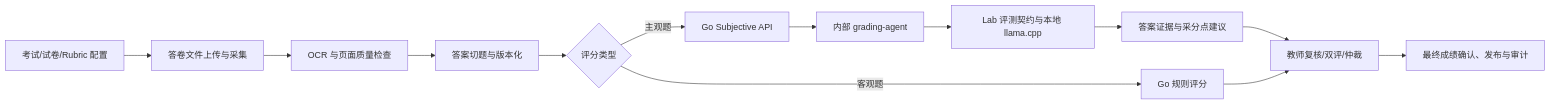
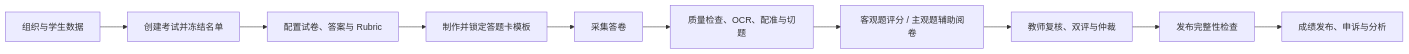
The diagram in README.md (damiao168/yuejuan), drawn with Mermaid before and after one commit. The commit also changed other lines of this file and 11 other files, not shown here.

````diff
--- a/README.md
+++ b/README.md
@@ -17,15 +32,12 @@
 ```mermaid
 flowchart LR
-  A[考试/试卷/Rubric 配置] --> B[答卷文件上传与采集]
-  B --> C[OCR 与页面质量检查]
-  C --> D[答案切题与版本化]
-  D --> E{评分类型}
-  E -->|客观题| F[Go 规则评分]
-  E -->|主观题| G[Go Subjective API]
-  G --> H[内部 grading-agent]
-  H --> I[Lab 评测契约与本地 llama.cpp]
-  I --> J[答案证据与采分点建议]
-  J --> K[教师复核/双评/仲裁]
-  F --> K
-  K --> L[最终成绩确认、发布与审计]
+  A[组织与学生数据] --> B[创建考试并冻结名单]
+  B --> C[配置试卷、答案与 Rubric]
+  C --> D[制作并锁定答题卡模板]
+  D --> E[采集答卷]
+  E --> F[质量检查、OCR、配准与切题]
+  F --> G[客观题评分 / 主观题辅助阅卷]
+  G --> H[教师复核、双评与仲裁]
+  H --> I[发布完整性检查]
+  I --> J[成绩发布、申诉与分析]
 ```
````
